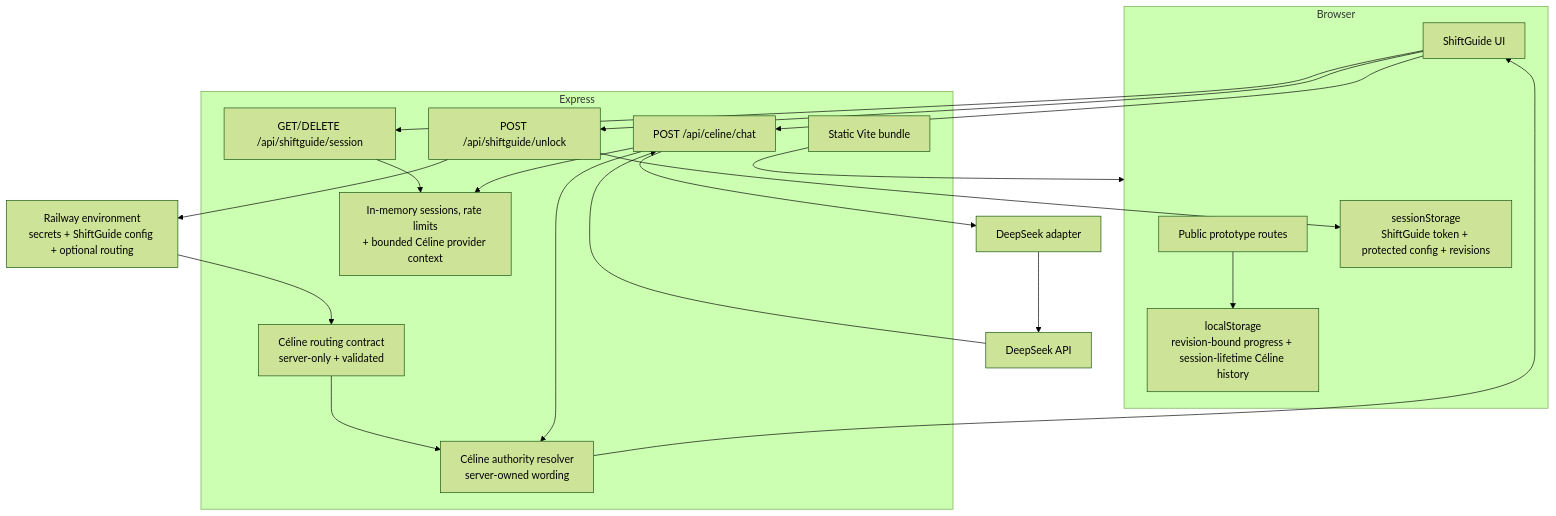
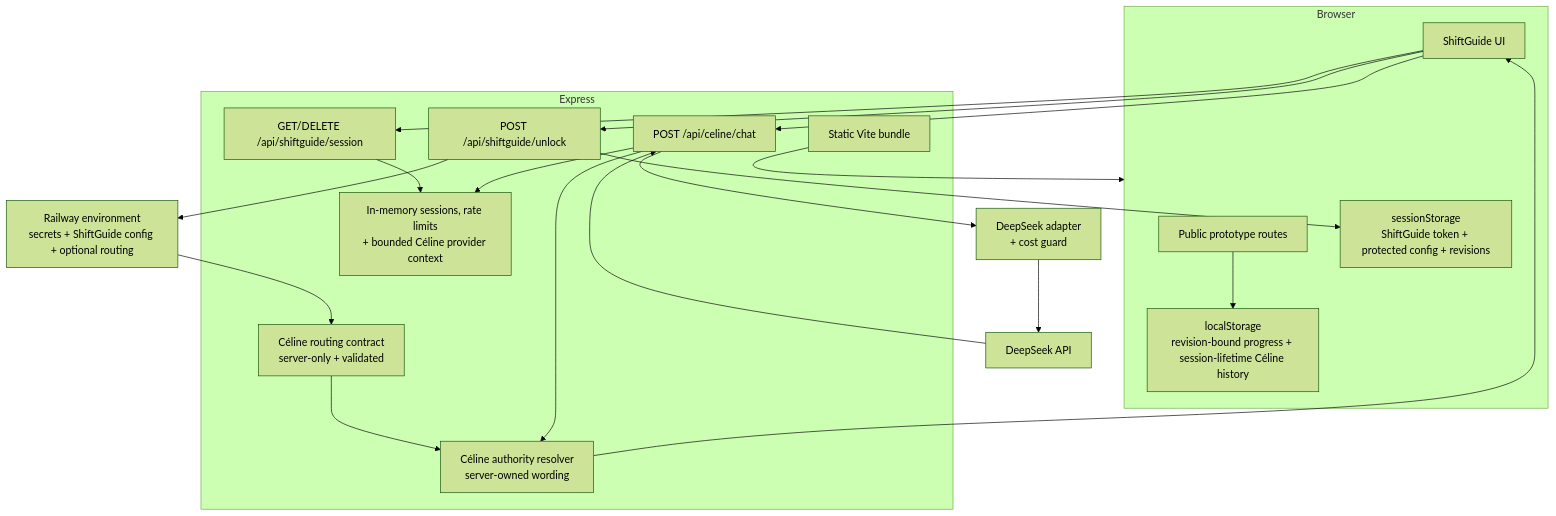
Before and after one commit to AmineAKIK/protocap: the diagram in docs/architecture.md, drawn with Mermaid (forest theme). The commit also changed other lines of this file and 13 other files, not shown here.

````diff
--- a/docs/architecture.md
+++ b/docs/architecture.md
@@ -9,40 +9,40 @@
 ```mermaid
 flowchart TB
   subgraph Browser
     Public[Public prototype routes]
     ShiftUI[ShiftGuide UI]
     SessionStore[sessionStorage\nShiftGuide token + protected config + revisions]
     LocalStore[localStorage\nrevision-bound progress + session-lifetime Céline history]
   end
 
   subgraph Express
     Unlock[POST /api/shiftguide/unlock]
     Session[GET/DELETE /api/shiftguide/session]
     Chat[POST /api/celine/chat]
     Routing[Céline routing contract\nserver-only + validated]
     Authority[Céline authority resolver\nserver-owned wording]
     Memory[In-memory sessions, rate limits\n+ bounded Céline provider context]
     Static[Static Vite bundle]
   end
 
   Env[Railway environment\nsecrets + ShiftGuide config + optional routing]
-  ProviderAdapter[DeepSeek adapter]
+  ProviderAdapter[DeepSeek adapter\n+ cost guard]
   Provider[DeepSeek API]
 
   Public --> LocalStore
   ShiftUI --> Unlock
   Unlock --> Env
   Unlock --> SessionStore
   ShiftUI --> Session
   ShiftUI --> Chat
   Session --> Memory
   Env --> Routing
   Routing --> Authority
   Chat --> Memory
   Chat --> ProviderAdapter
   ProviderAdapter --> Provider
   Provider --> Chat
   Chat --> Authority
   Authority --> ShiftUI
   Static --> Browser
 ```
````
